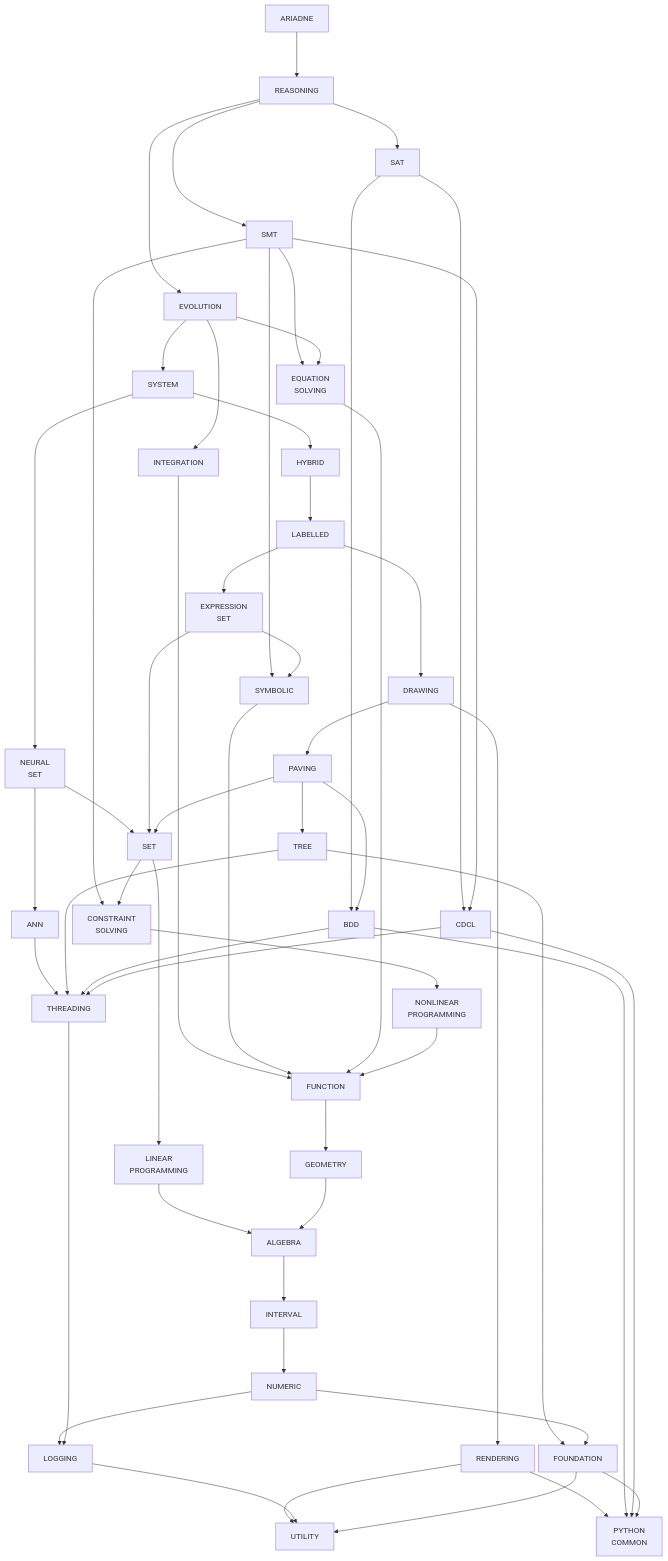
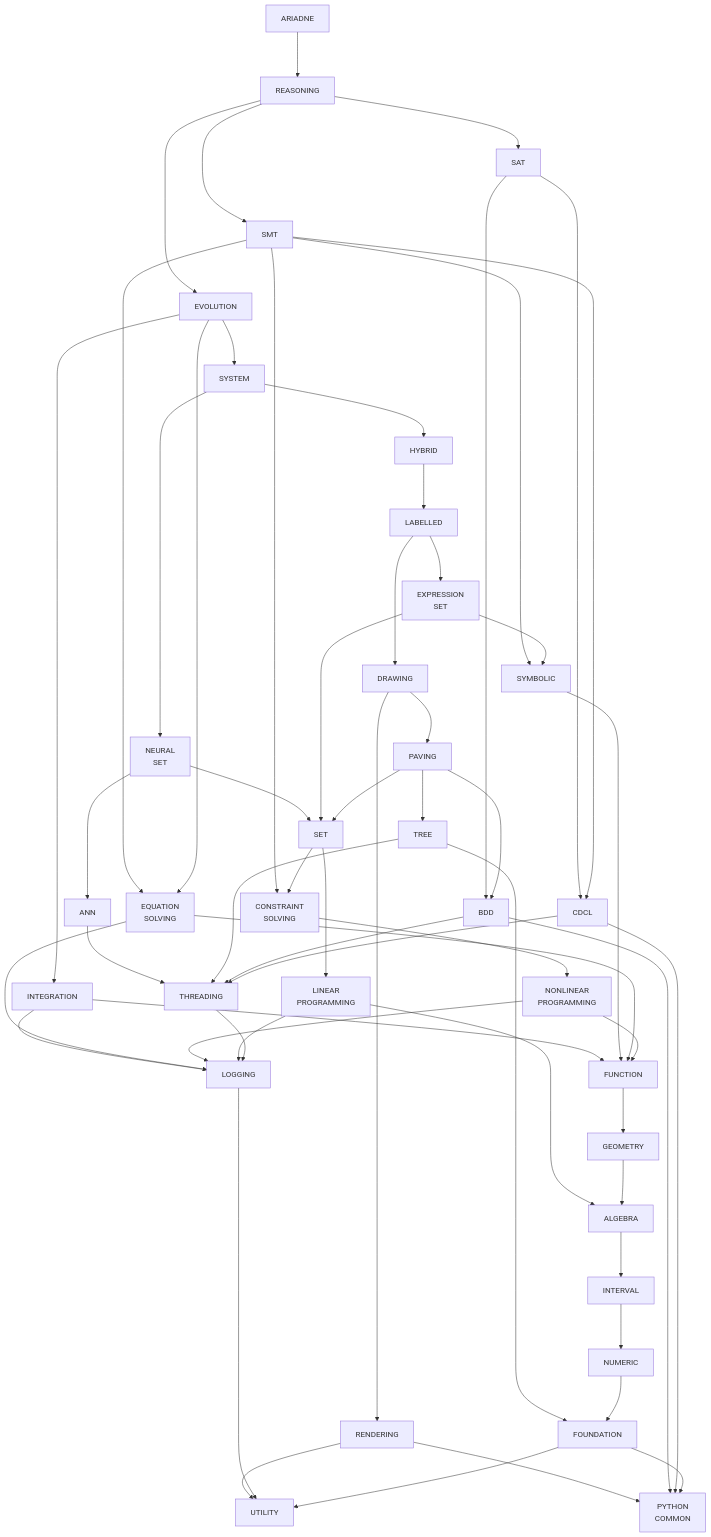
One commit to ariadne-cps/ariadne changed the diagram in doc/structure.md. Above: the diagram before and after it, drawn with Mermaid. The commit also changed other lines of this file, not shown here.

Commit message:
docs: update logging dependencies and commit constraints

```diff
--- a/doc/structure.md
+++ b/doc/structure.md
@@ -68,6 +68,7 @@
     evolution --> system
     evolution --> equation_solving
     integration --> function
+    integration --> logging
     system --> hybrid
     system --> neural_set
     hybrid --> labelled
@@ -89,14 +90,16 @@
     symbolic --> function
     constraint_solving --> nonlinear_programming
     equation_solving --> function
+    equation_solving --> logging
     nonlinear_programming --> function
+    nonlinear_programming --> logging
     linear_programming --> algebra
+    linear_programming --> logging
     function --> geometry
     geometry --> algebra
     algebra --> interval
     interval --> numeric
     numeric --> foundation
-    numeric --> logging
 
     rendering --> utility
     rendering --> python_common
```
